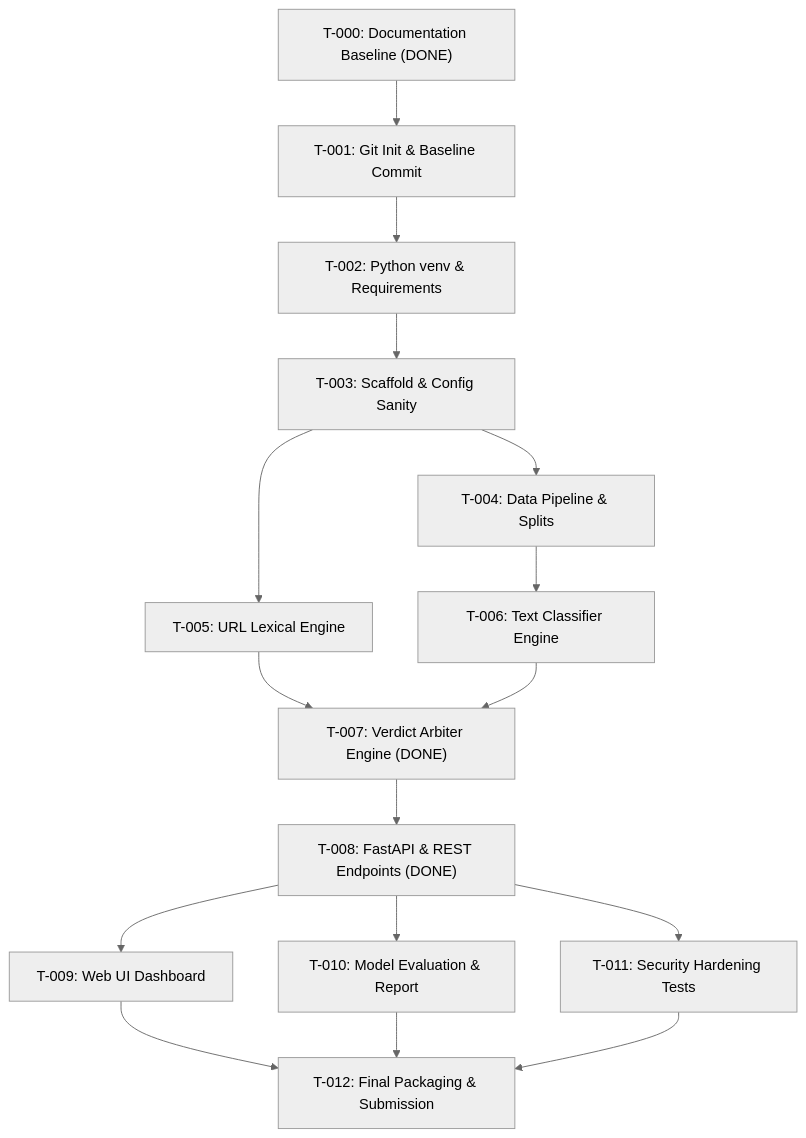
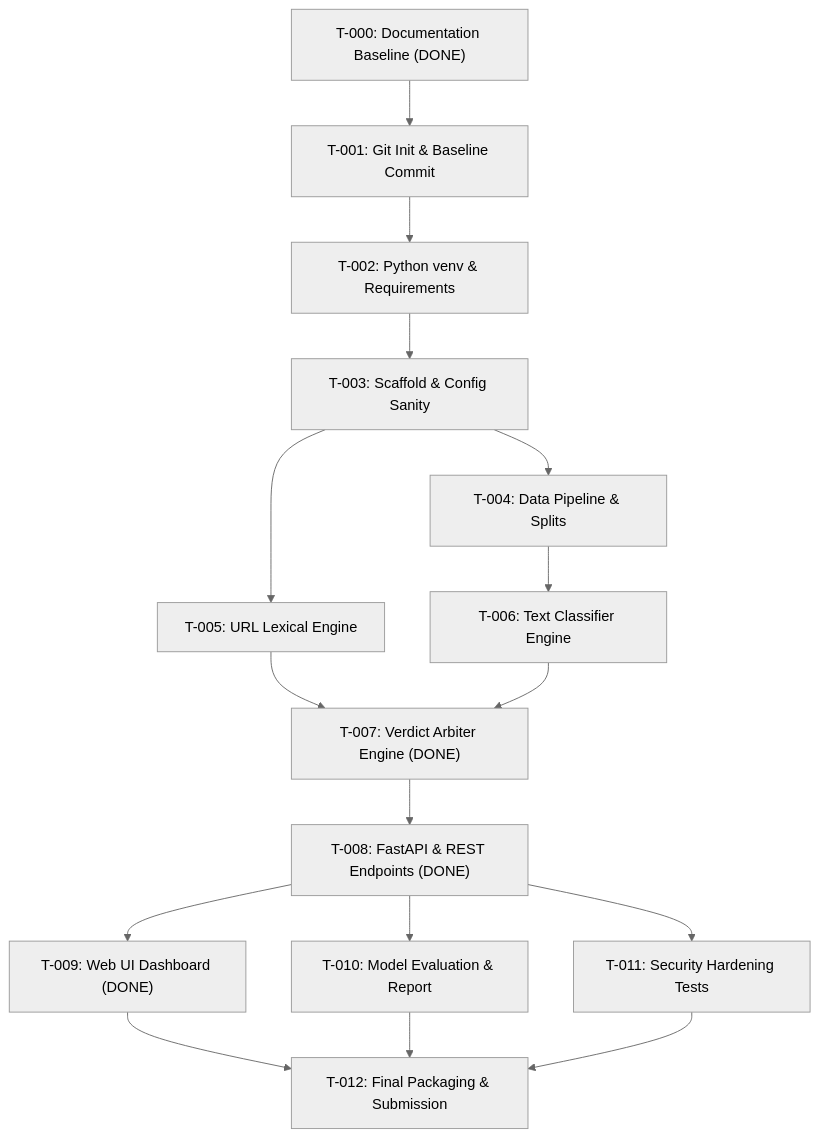
Before and after one commit to Gazanfershirkol/ScamShield01: the diagram in TASKS.md, drawn with Mermaid (neutral theme). The commit also changed other lines of this file and 6 other files, not shown here.

Commit message:
feat(phase-7): construct accessible responsive web UI dashboard with interactive presets and benchmark modal

````diff
--- a/TASKS.md
+++ b/TASKS.md
@@ -30,18 +30,18 @@
 ```mermaid
 graph TD
     T000["T-000: Documentation Baseline (DONE)"] --> T001["T-001: Git Init & Baseline Commit"]
     T001 --> T002["T-002: Python venv & Requirements"]
     T002 --> T003["T-003: Scaffold & Config Sanity"]
     T003 --> T004["T-004: Data Pipeline & Splits"]
     T003 --> T005["T-005: URL Lexical Engine"]
     T004 --> T006["T-006: Text Classifier Engine"]
     T005 --> T007["T-007: Verdict Arbiter Engine (DONE)"]
     T006 --> T007
     T007 --> T008["T-008: FastAPI & REST Endpoints (DONE)"]
-    T008 --> T009["T-009: Web UI Dashboard"]
+    T008 --> T009["T-009: Web UI Dashboard (DONE)"]
     T008 --> T010["T-010: Model Evaluation & Report"]
     T008 --> T011["T-011: Security Hardening Tests"]
     T009 --> T012["T-012: Final Packaging & Submission"]
     T010 --> T012
     T011 --> T012
 ```
````
